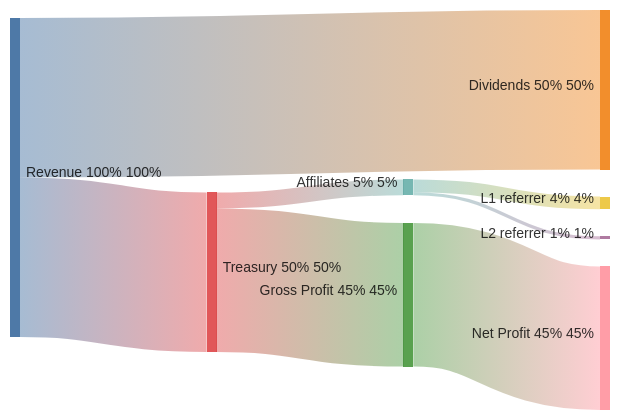
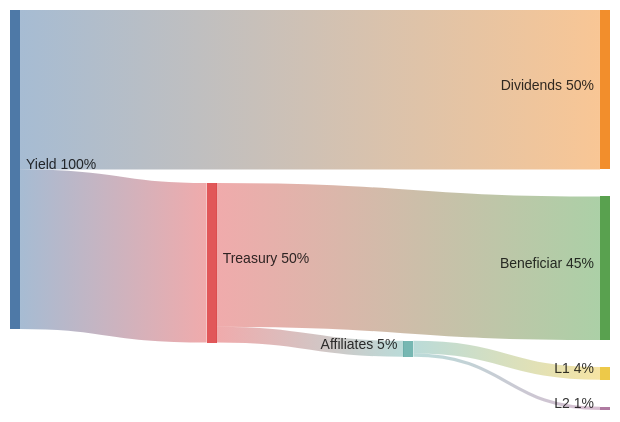
Before and after one commit to grindurus/grindurus-docs: the second of 2 diagrams in general/overview.md, drawn with Mermaid. The commit also changed other lines of this file and 15 other files, not shown here.

````diff
--- a/general/overview.md
+++ b/general/overview.md
@@ -115,18 +128,17 @@
 ```mermaid
 ---
 config:
   sankey:
     showValues: true
     linkColor: gradient
     suffix: "%"
 ---
 sankey-beta
 
-Revenue 100%,Dividends 50%,50
-Revenue 100%,Treasury 50%,50
-Treasury 50%,Affiliates 5%,5
-Treasury 50%,Gross Profit 45%,45
-Affiliates 5%,L1 referrer 4%,4
-Affiliates 5%,L2 referrer 1%,1
-Gross Profit 45%,Net Profit 45%,45
+Yield,Dividends,50
+Yield,Treasury,50
+Treasury,Affiliates,5
+Treasury,Beneficiar,45
+Affiliates,L1,4
+Affiliates,L2,1
 ```
````
